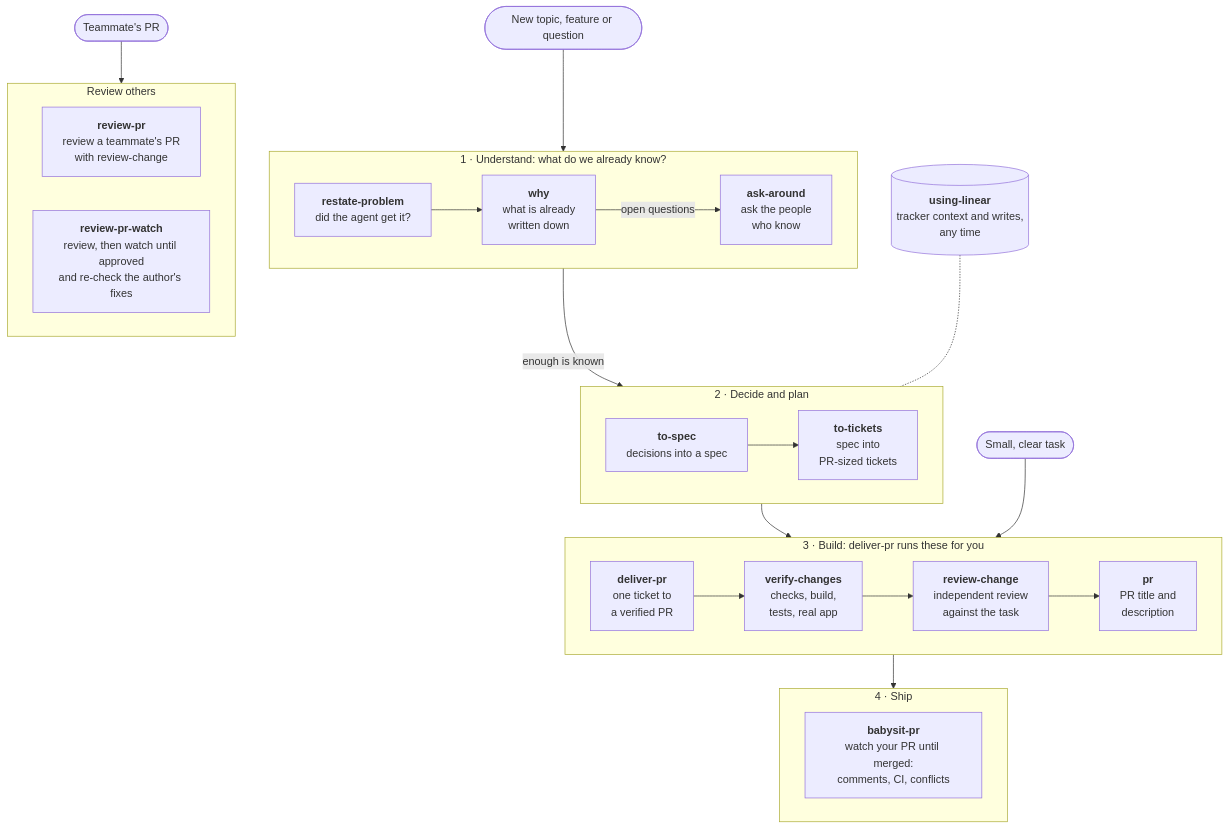
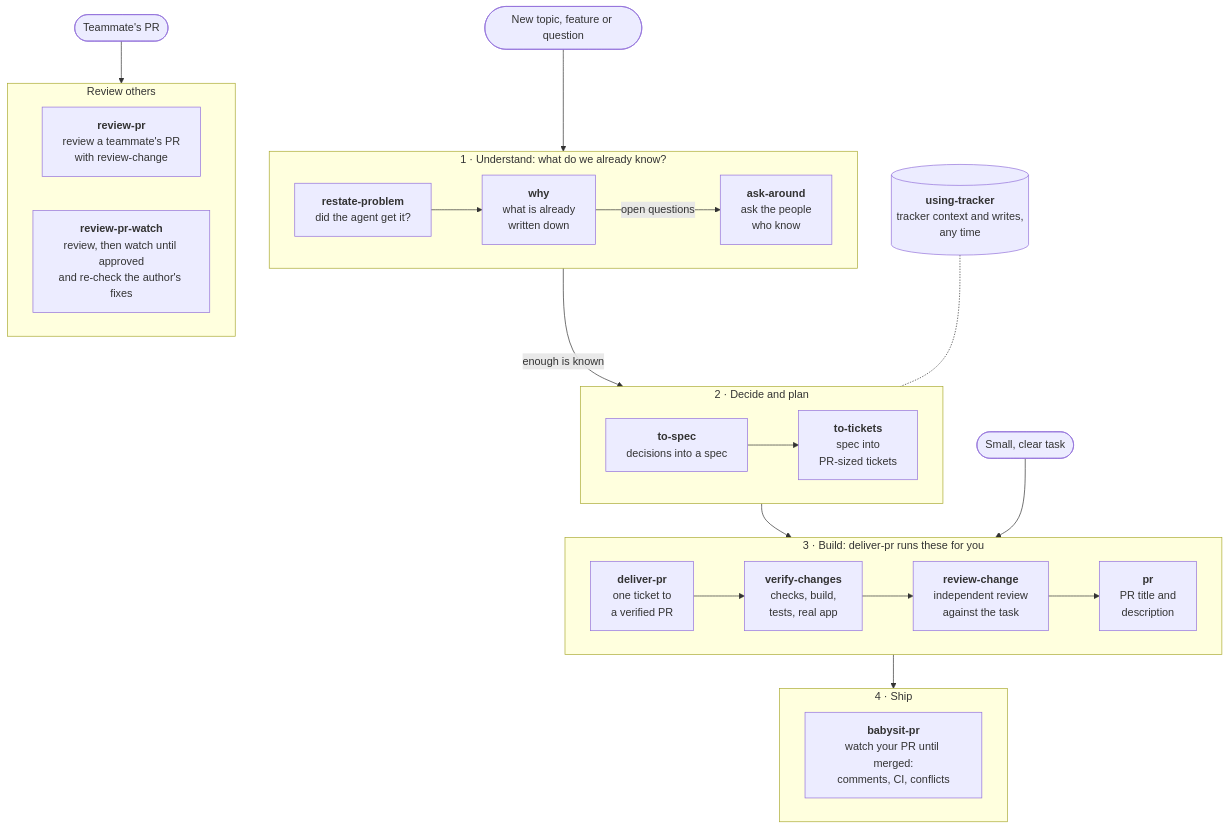
The diagram in README.md (k0siara/skills), drawn with Mermaid before and after one commit. The commit also changed other lines of this file and 7 other files, not shown here.

First line of the commit message:
Replace using-linear with tracker-agnostic using-tracker

````diff
--- a/README.md
+++ b/README.md
@@ -17,49 +17,49 @@
 ```mermaid
 flowchart TD
     start([New topic, feature or question])
     small([Small, clear task])
     theirs([Teammate's PR])
 
     subgraph understand["1 · Understand: what do we already know?"]
         direction LR
         restate["<b>restate-problem</b><br/>did the agent get it?"]
         why["<b>why</b><br/>what is already<br/>written down"]
         ask["<b>ask-around</b><br/>ask the people<br/>who know"]
         restate --> why -- "open questions" --> ask
     end
 
     subgraph decide["2 · Decide and plan"]
         direction LR
         spec["<b>to-spec</b><br/>decisions into a spec"]
         tickets["<b>to-tickets</b><br/>spec into<br/>PR-sized tickets"]
         spec --> tickets
     end
 
     subgraph build["3 · Build: deliver-pr runs these for you"]
         direction LR
         deliver["<b>deliver-pr</b><br/>one ticket to<br/>a verified PR"]
         verify["<b>verify-changes</b><br/>checks, build,<br/>tests, real app"]
         rc["<b>review-change</b><br/>independent review<br/>against the task"]
         pr["<b>pr</b><br/>PR title and<br/>description"]
         deliver --> verify --> rc --> pr
     end
 
     subgraph ship["4 · Ship"]
         babysit["<b>babysit-pr</b><br/>watch your PR until merged:<br/>comments, CI, conflicts"]
     end
 
     subgraph others["Review others"]
         reviewpr["<b>review-pr</b><br/>review a teammate's PR<br/>with review-change"]
         reviewwatch["<b>review-pr-watch</b><br/>review, then watch until approved<br/>and re-check the author's fixes"]
     end
 
-    linear[("<b>using-linear</b><br/>tracker context and writes,<br/>any time")]
+    tracker[("<b>using-tracker</b><br/>tracker context and writes,<br/>any time")]
 
     start --> understand
     understand -- "enough is known" --> decide
     decide --> build
     small --> build
     build --> ship
     theirs --> others
-    linear -.- decide
+    tracker -.- decide
 ```
````
